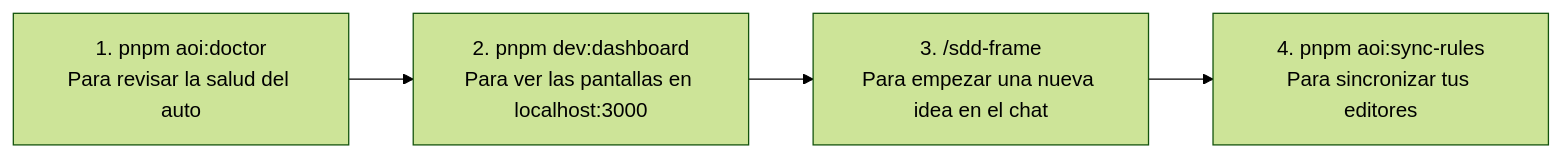
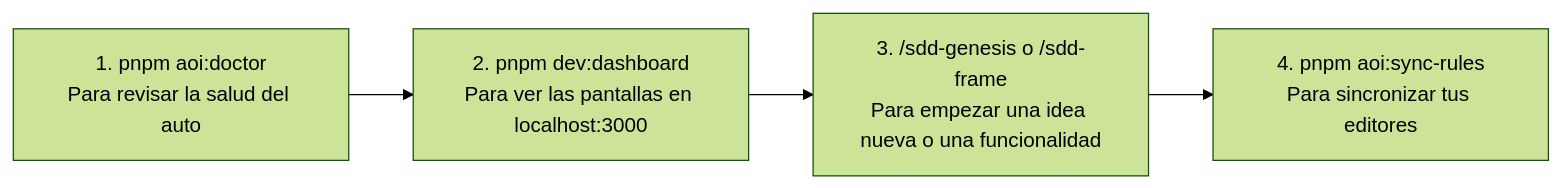
The first of 2 diagrams in wiki/12-Referencia-de-Comandos-y-Cheat-Sheet.md (Manu-Arrieta/AOI), drawn with Mermaid (forest theme) before and after one commit. The commit also changed other lines of this file and 81 other files, not shown here.

````diff
--- a/wiki/12-Referencia-de-Comandos-y-Cheat-Sheet.md
+++ b/wiki/12-Referencia-de-Comandos-y-Cheat-Sheet.md
@@ -11,9 +11,9 @@
 ```mermaid
 graph LR
     C1["1. pnpm aoi:doctor<br>Para revisar la salud del auto"]
     C2["2. pnpm dev:dashboard<br>Para ver las pantallas en localhost:3000"]
-    C3["3. /sdd-frame<br>Para empezar una nueva idea en el chat"]
+    C3["3. /sdd-genesis o /sdd-frame<br>Para empezar una idea nueva o una funcionalidad"]
     C4["4. pnpm aoi:sync-rules<br>Para sincronizar tus editores"]
 
     C1 --> C2 --> C3 --> C4
 ```
````
